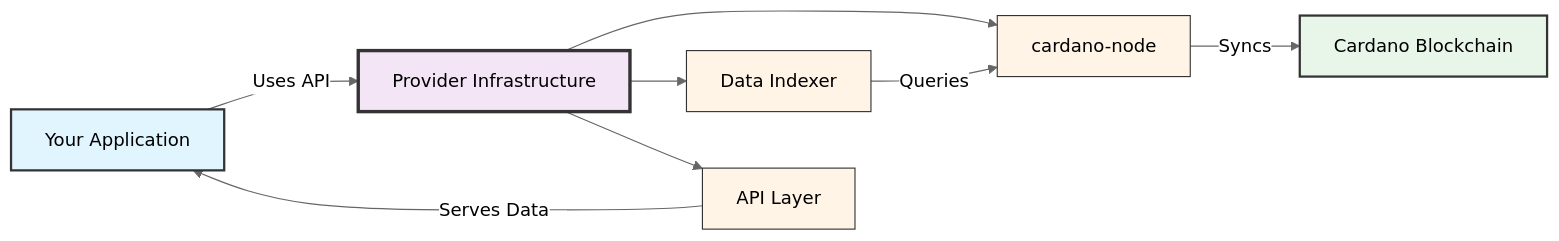
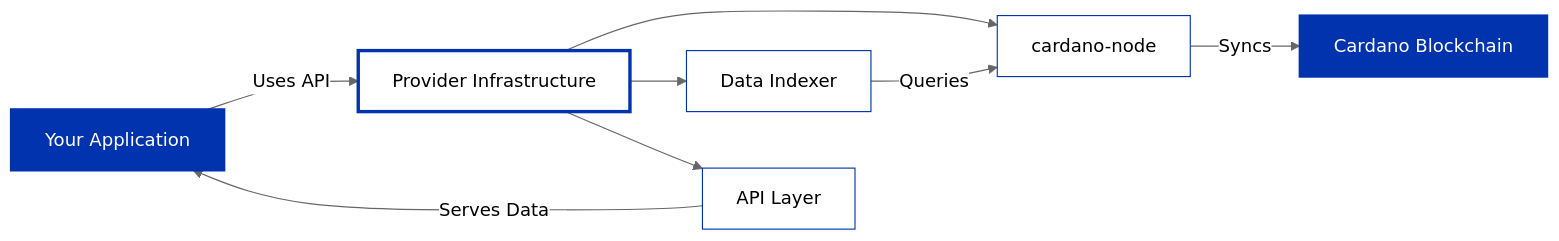
One commit to cardano-foundation/developer-portal changed the diagram in docs/get-started/providers-overview.md. Above: the diagram before and after it, drawn with Mermaid (neutral theme). The commit also changed 14 other files, not shown here.

Commit message:
cardano unified color scheme for mermaid diagrams

````diff
--- a/docs/get-started/providers-overview.md
+++ b/docs/get-started/providers-overview.md
@@ -13,21 +13,21 @@
 ```mermaid
 graph LR
     App[Your Application]
 
     App --> |Uses API| Provider[Provider Infrastructure]
 
     Provider --> Node[cardano-node]
     Provider --> Indexer[Data Indexer]
     Provider --> API[API Layer]
 
     Node --> |Syncs| Blockchain[Cardano Blockchain]
     Indexer --> |Queries| Node
     API --> |Serves Data| App
 
-    style App fill:#e1f5ff,stroke:#333,stroke-width:2px
-    style Provider fill:#f3e5f5,stroke:#333,stroke-width:3px
-    style Node fill:#fff4e6,stroke:#333,stroke-width:1px
-    style Indexer fill:#fff4e6,stroke:#333,stroke-width:1px
-    style API fill:#fff4e6,stroke:#333,stroke-width:1px
-    style Blockchain fill:#e8f5e9,stroke:#333,stroke-width:2px
+    style App fill:#0033AD,stroke:#0033AD,stroke-width:2px,color:#FFFFFF
+    style Provider fill:#FFFFFF,stroke:#0033AD,stroke-width:3px,color:#000000
+    style Node fill:#FFFFFF,stroke:#0033AD,stroke-width:1px,color:#000000
+    style Indexer fill:#FFFFFF,stroke:#0033AD,stroke-width:1px,color:#000000
+    style API fill:#FFFFFF,stroke:#0033AD,stroke-width:1px,color:#000000
+    style Blockchain fill:#0033AD,stroke:#0033AD,stroke-width:2px,color:#FFFFFF
 ```
````
